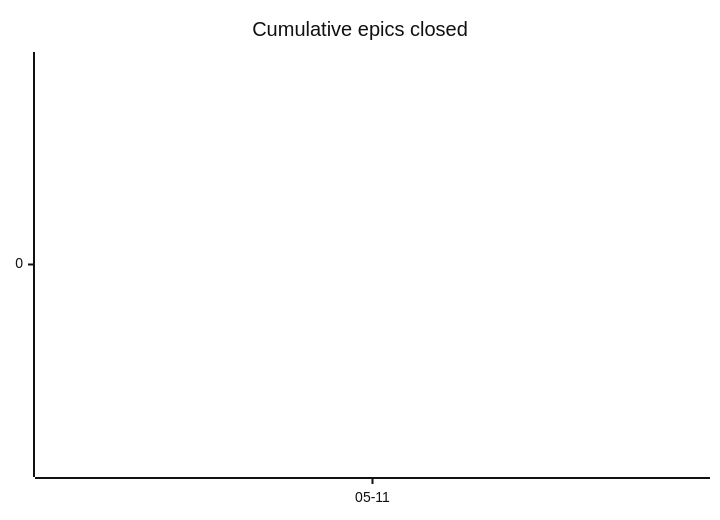
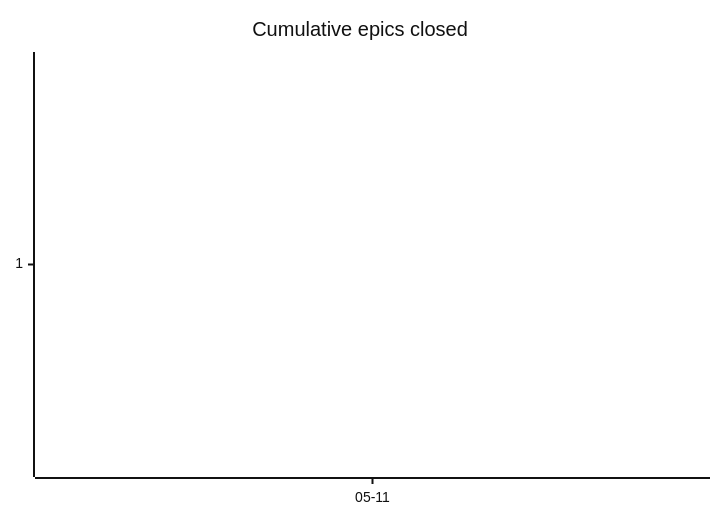
Before and after one commit to tgd1975/AwesomeGuitarPedal: the second of 3 diagrams in docs/developers/tasks/OVERVIEW.md, drawn with Mermaid (neutral theme). The commit also changed other lines of this file and 15 other files, not shown here.

First line of the commit message:
feat(config): add debounceMs to hardware config — schema, example, Dart model, JSON parser

````diff
--- a/docs/developers/tasks/OVERVIEW.md
+++ b/docs/developers/tasks/OVERVIEW.md
@@ -31,6 +31,6 @@
 ```mermaid
 xychart-beta
     title "Cumulative epics closed"
     x-axis ["05-11"]
-    line [0]
+    line [1]
 ```
````
